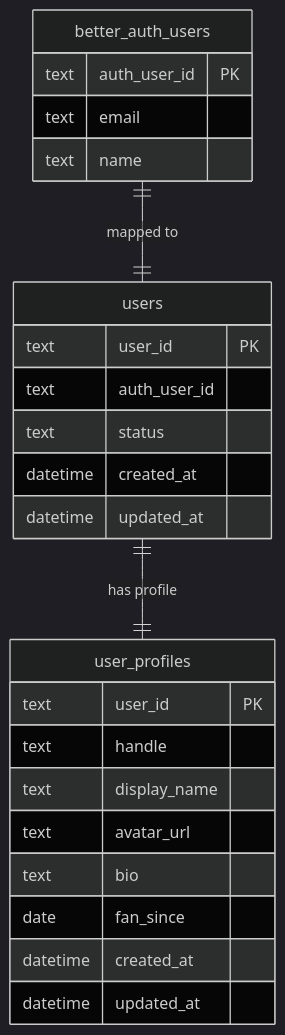
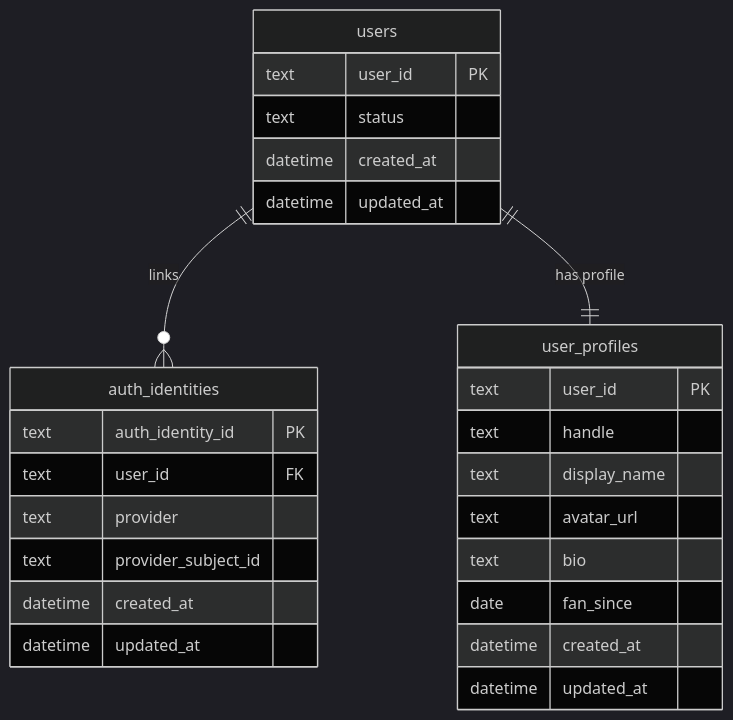
Before and after one commit to Eiji-Kudo/k-drop: the first of 7 diagrams in app/v2/er-diagram.md, drawn with Mermaid (dark theme). The commit also changed other lines of this file and 2 other files, not shown here.

Commit message:
fix: ER図の認証基盤に関する記述を修正し、クイズセッションの構造を明確化

````diff
--- a/app/v2/er-diagram.md
+++ b/app/v2/er-diagram.md
@@ -21,30 +22,32 @@
 ```mermaid
 erDiagram
-    better_auth_users {
-        text auth_user_id PK
-        text email
-        text name
+    users {
+        text user_id PK
+        text status
+        datetime created_at
+        datetime updated_at
     }
 
-    users {
-        text user_id PK
-        text auth_user_id
-        text status
+    auth_identities {
+        text auth_identity_id PK
+        text user_id FK
+        text provider
+        text provider_subject_id
         datetime created_at
         datetime updated_at
     }
 
     user_profiles {
         text user_id PK
         text handle
         text display_name
         text avatar_url
         text bio
         date fan_since
         datetime created_at
         datetime updated_at
     }
 
-    better_auth_users ||--|| users : "mapped to"
+    users ||--o{ auth_identities : "links"
     users ||--|| user_profiles : "has profile"
 ```
````
